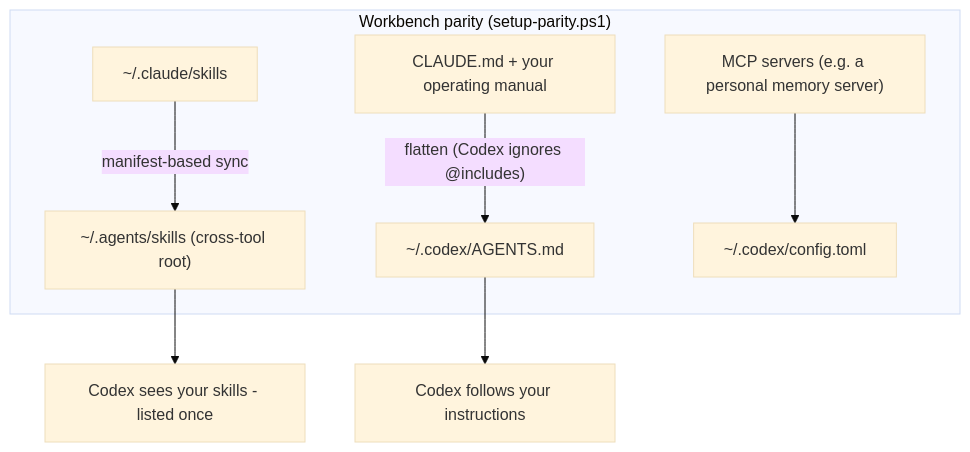
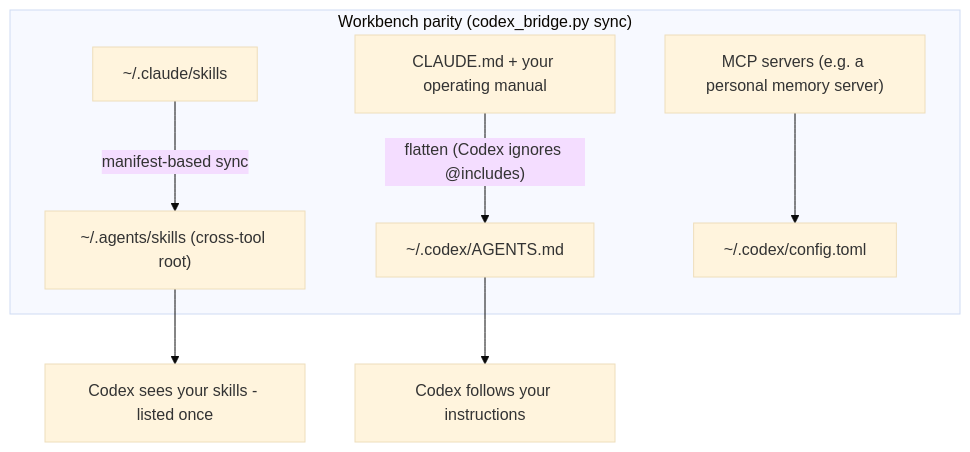
One commit to AndrewAvery7/claude-codex-bridge changed the second of 2 diagrams in README.md. Above: the diagram before and after it, drawn with Mermaid (base theme). The commit also changed other lines of this file and 14 other files, not shown here.

````diff
--- a/README.md
+++ b/README.md
@@ -66,10 +66,10 @@
 ```mermaid
 flowchart TD
-    subgraph "Workbench parity (setup-parity.ps1)"
+    subgraph "Workbench parity (codex_bridge.py sync)"
         I["~/.claude/skills"] -->|"manifest-based sync"| J["~/.agents/skills (cross-tool root)"]
         K["CLAUDE.md + your operating manual"] -->|"flatten (Codex ignores @includes)"| L["~/.codex/AGENTS.md"]
         M["MCP servers (e.g. a personal memory server)"] --> N["~/.codex/config.toml"]
     end
     J --> O["Codex sees your skills - listed once"]
     L --> P["Codex follows your instructions"]
 ```
````
